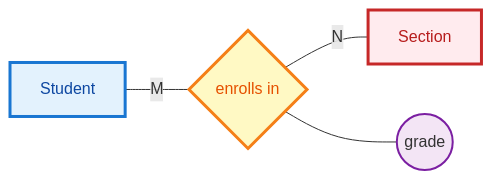
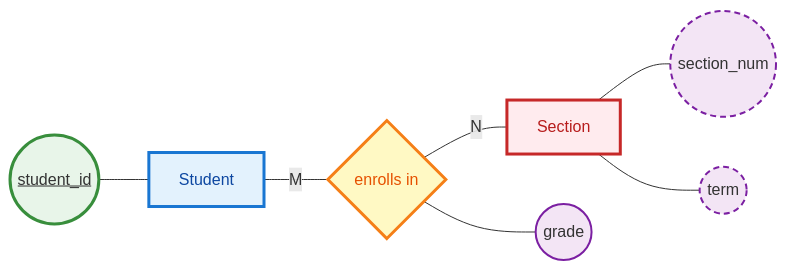
One commit to ufdatastudio/cop5725fa26 changed the seventh of 10 diagrams in lecture-outlines/day7-er-to-relations/slides.md. Above: the diagram before and after it, drawn with Mermaid. The commit also changed other lines of this file and 6 other files, not shown here.

First line of the commit message:
docs: show keys on every day 7 registrar graph and fix three overflowing slides

````diff
--- a/lecture-outlines/day7-er-to-relations/slides.md
+++ b/lecture-outlines/day7-er-to-relations/slides.md
@@ -333,14 +333,21 @@
 ```mermaid
 graph LR
-  S["Student"] -- "M" --- E{"enrolls in"}
+  SID(("<u>student_id</u>")) --- S["Student"]
+  S -- "M" --- E{"enrolls in"}
   E -- "N" --- Sec["<span class='weak-inner'>Section</span>"]
   E --- G(("grade"))
+  Sec --- SN(("<span class='partial-key'>section_num</span>"))
+  Sec --- T(("<span class='partial-key'>term</span>"))
   classDef entity fill:#e3f2fd,stroke:#1976d2,stroke-width:3px,color:#0d47a1
   classDef weak fill:#ffebee,stroke:#c62828,stroke-width:3px,color:#b71c1c
   classDef rel fill:#fff9c4,stroke:#f57f17,stroke-width:3px,color:#e65100
   classDef attr fill:#f3e5f5,stroke:#7b1fa2,stroke-width:2px
+  classDef key fill:#e8f5e9,stroke:#388e3c,stroke-width:3px
+  classDef partkey fill:#f3e5f5,stroke:#7b1fa2,stroke-width:2px,stroke-dasharray:6 4
   class S entity
   class Sec weak
   class E rel
   class G attr
+  class SID key
+  class SN,T partkey
 ```
````
